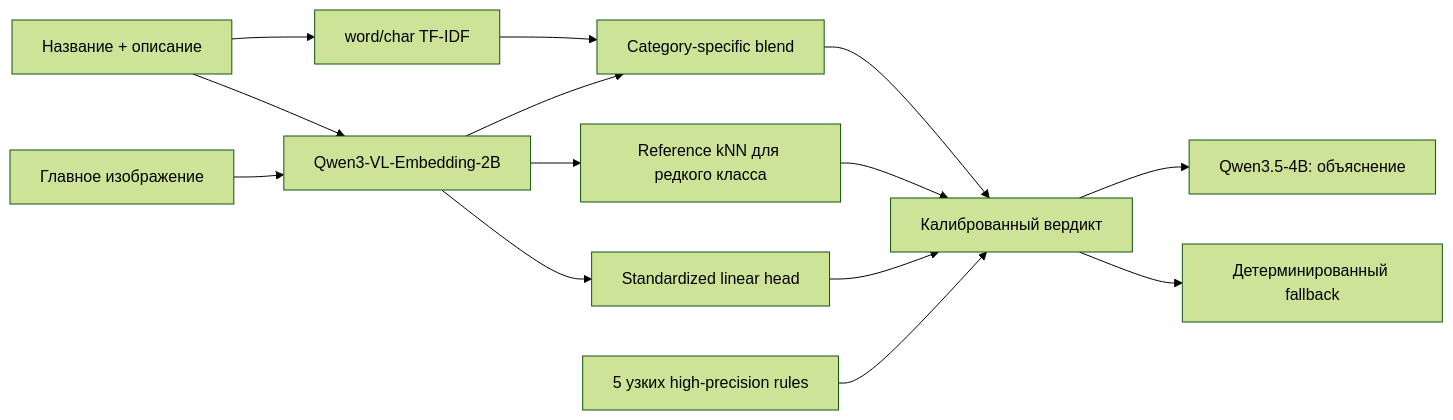
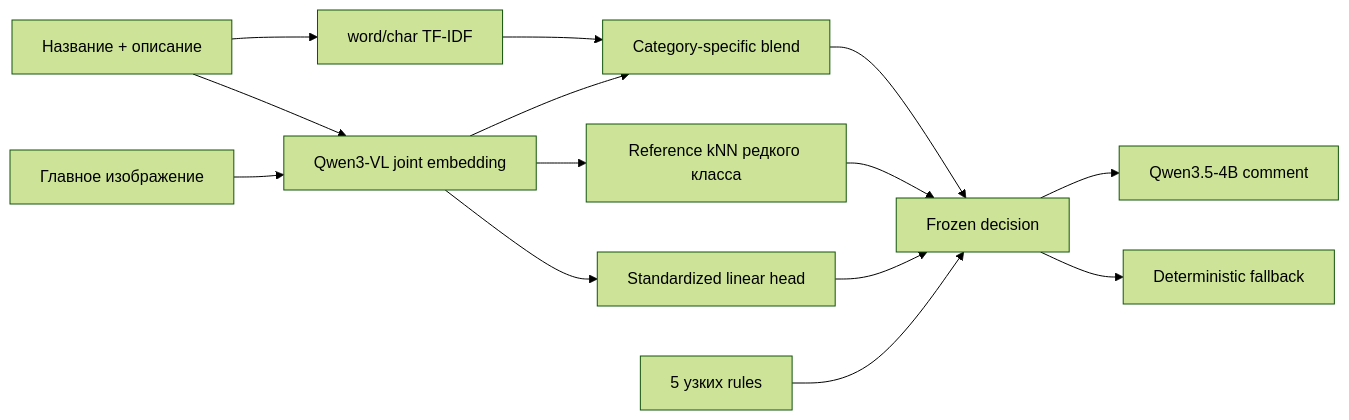
Before and after one commit to falexsun/E-CUP-2026-CASE2: the diagram in README.md, drawn with Mermaid (forest theme). The commit also changed other lines of this file and 18 other files, not shown here.

````diff
--- a/README.md
+++ b/README.md
@@ -13,16 +37,16 @@
 ```mermaid
 flowchart LR
-    A["Название + описание"] --> B["word/char TF-IDF"]
-    A --> C["Qwen3-VL-Embedding-2B"]
-    I["Главное изображение"] --> C
-    B --> D["Category-specific blend"]
-    C --> D
-    C --> E["Reference kNN для редкого класса"]
-    C --> J["Standardized linear head"]
-    D --> F["Калиброванный вердикт"]
-    E --> F
-    J --> F
-    R["5 узких high-precision rules"] --> F
-    F --> G["Qwen3.5-4B: объяснение"]
-    F --> H["Детерминированный fallback"]
+    T["Название + описание"] --> L["word/char TF-IDF"]
+    T --> V["Qwen3-VL joint embedding"]
+    I["Главное изображение"] --> V
+    L --> B["Category-specific blend"]
+    V --> B
+    V --> K["Reference kNN редкого класса"]
+    V --> H["Standardized linear head"]
+    B --> D["Frozen decision"]
+    K --> D
+    H --> D
+    R["5 узких rules"] --> D
+    D --> C["Qwen3.5-4B comment"]
+    D --> F["Deterministic fallback"]
 ```
````
